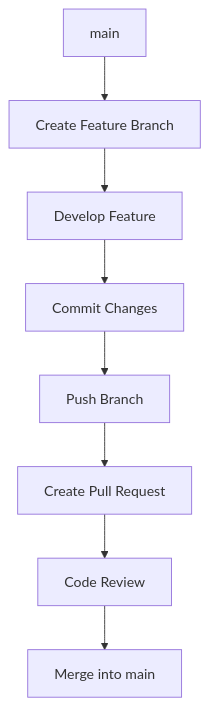
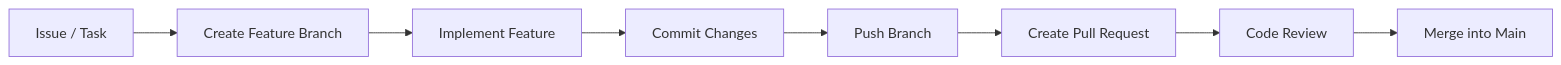
Before and after one commit to VrushaliParmar/InterviewMate-AI: the fourth of 4 diagrams in README.md, drawn with Mermaid. The commit also changed other lines of this file, not shown here.

````diff
--- a/README.md
+++ b/README.md
@@ -962,10 +626,10 @@
 ```mermaid
-flowchart TD
-    A["main"] --> B["Create Feature Branch"]
-    B --> C["Develop Feature"]
-    C --> D["Commit Changes"]
-    D --> E["Push Branch"]
-    E --> F["Create Pull Request"]
-    F --> G["Code Review"]
-    G --> H["Merge into main"]
+flowchart LR
+    A[Issue / Task] --> B[Create Feature Branch]
+    B --> C[Implement Feature]
+    C --> D[Commit Changes]
+    D --> E[Push Branch]
+    E --> F[Create Pull Request]
+    F --> G[Code Review]
+    G --> H[Merge into Main]
 ```
````
